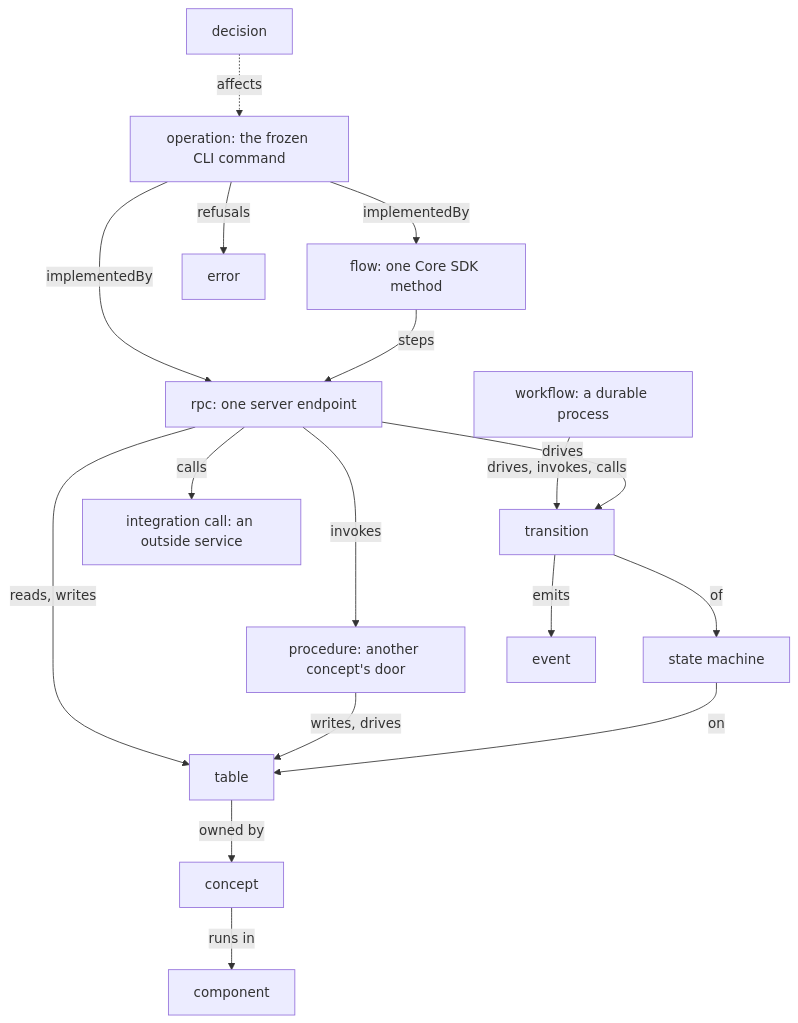
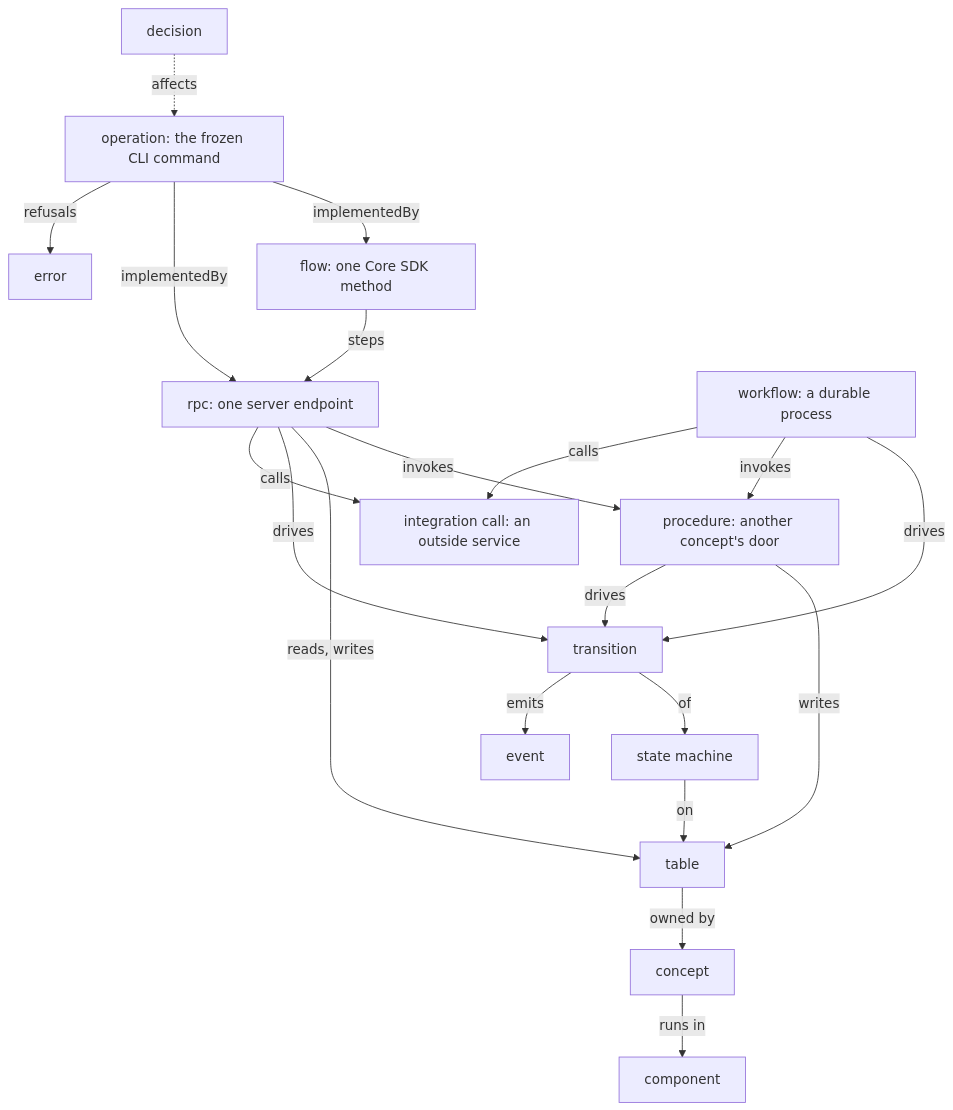
One commit to AaronAbuUsama/capxul-next changed the first of 2 diagrams in docs/design-book.md. Above: the diagram before and after it, drawn with Mermaid. The commit also changed other lines of this file and 7 other files, not shown here.

````diff
--- a/docs/design-book.md
+++ b/docs/design-book.md
@@ -90,19 +106,22 @@
 ```mermaid
 flowchart TD
   OP["operation: the frozen CLI command"] -->|implementedBy| FLOW["flow: one Core SDK method"]
   OP -->|implementedBy| RPC
   OP -->|refusals| ERR[error]
   FLOW -->|steps| RPC["rpc: one server endpoint"]
-  WF["workflow: a durable process"] -->|drives, invokes, calls| TRN
+  WF["workflow: a durable process"] -->|drives| TRN
+  WF -->|invokes| PROC
+  WF -->|calls| CALL
   RPC -->|invokes| PROC["procedure: another concept's door"]
   RPC -->|reads, writes| TABLE[table]
   RPC -->|drives| TRN[transition]
   RPC -->|calls| CALL["integration call: an outside service"]
-  PROC -->|writes, drives| TABLE
+  PROC -->|writes| TABLE
+  PROC -->|drives| TRN
   TRN -->|of| MACH["state machine"]
   MACH -->|on| TABLE
   TRN -->|emits| EVT[event]
   TABLE -->|owned by| CON[concept]
   CON -->|runs in| COMP[component]
   DEC[decision] -.->|affects| OP
 ```
````
